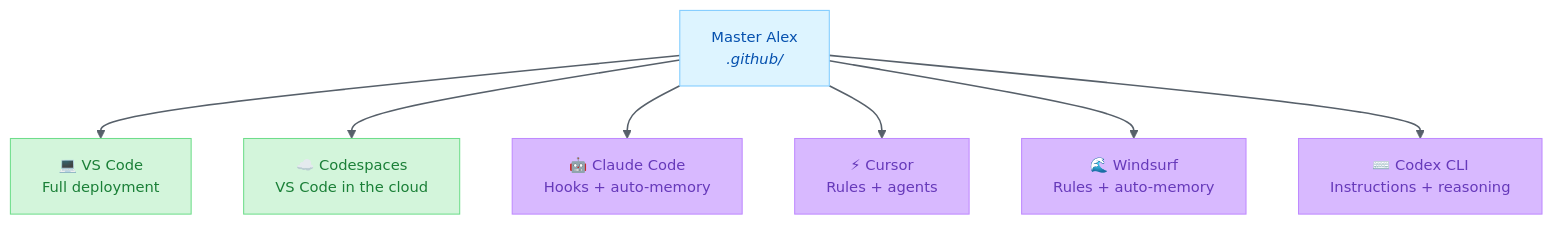
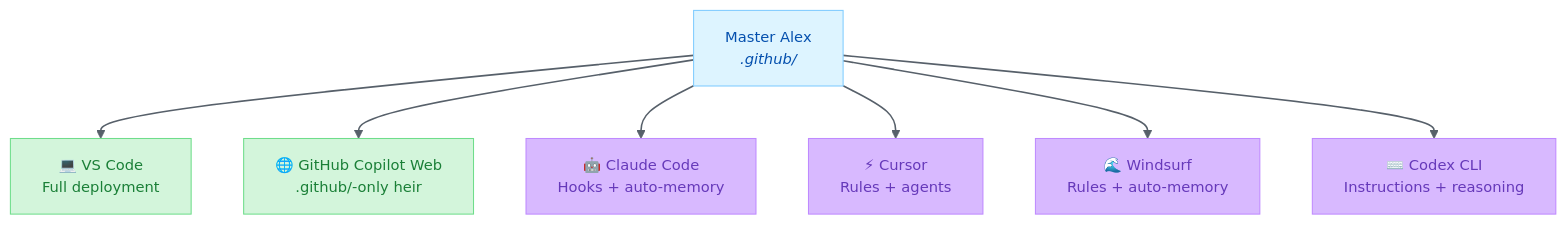
One commit to fabioc-aloha/Alex_Plug_In changed the diagram in alex_docs/platforms/DEVELOPMENT-PLATFORMS-COMPARISON.md. Above: the diagram before and after it, drawn with Mermaid. The commit also changed other lines of this file and 260 other files, not shown here.

````diff
--- a/alex_docs/platforms/DEVELOPMENT-PLATFORMS-COMPARISON.md
+++ b/alex_docs/platforms/DEVELOPMENT-PLATFORMS-COMPARISON.md
@@ -379,18 +395,18 @@
 ```mermaid
 %%{init: {'theme': 'base', 'themeVariables': {'fontSize': '14px'}}}%%
 flowchart TD
     M["Master Alex<br/><i>.github/</i>"] --> VS["💻 VS Code<br/>Full deployment"]
-    M --> CS["☁️ Codespaces<br/>VS Code in the cloud"]
+    M --> GW["🌐 GitHub Copilot Web<br/>.github/-only heir"]
     M --> CC["🤖 Claude Code<br/>Hooks + auto-memory"]
     M --> CU["⚡ Cursor<br/>Rules + agents"]
     M --> WS["🌊 Windsurf<br/>Rules + auto-memory"]
     M --> CX["⌨️ Codex CLI<br/>Instructions + reasoning"]
 
     classDef core fill:#ddf4ff,color:#0550ae,stroke:#80ccff
     classDef prod fill:#d3f5db,color:#1a7f37,stroke:#6fdd8b
     classDef planned fill:#d8b9ff,color:#6639ba,stroke:#bf8aff
     class M core
-    class VS,CS prod
+    class VS,GW prod
     class CC,CU,WS,CX planned
     linkStyle default stroke:#57606a,stroke-width:1.5px
 ```
````
